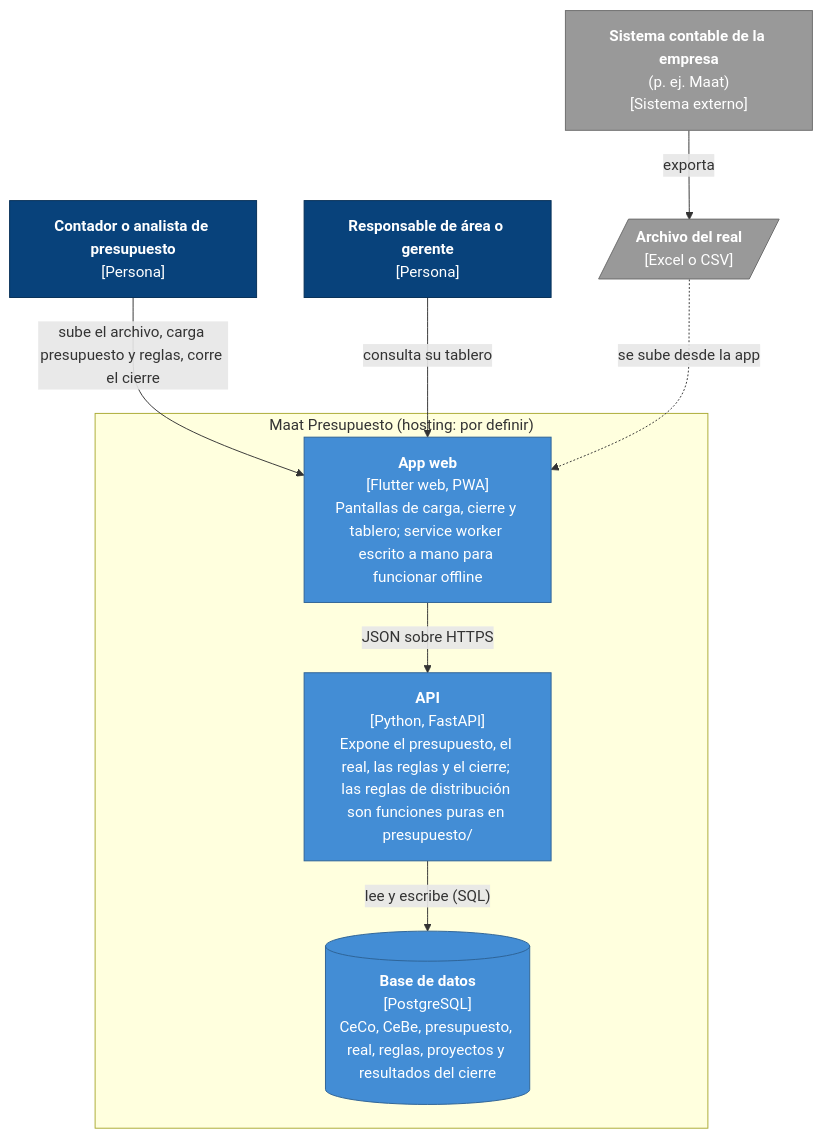
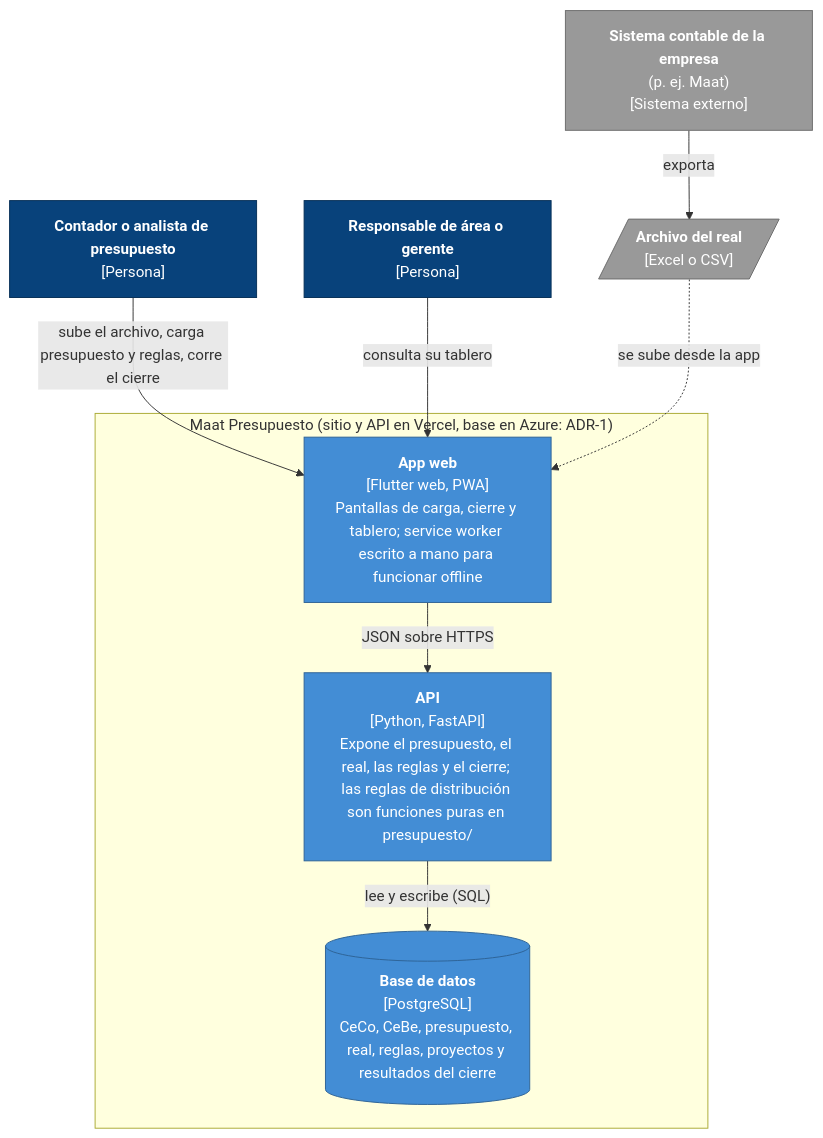
Before and after one commit to sjsmurcia/maat-presupuesto: the second of 2 diagrams in practica-6/arquitectura.md, drawn with Mermaid. The commit also changed other lines of this file, not shown here.

Commit message:
docs(practica-6): el hosting del C4 apunta al ADR-1

````diff
--- a/practica-6/arquitectura.md
+++ b/practica-6/arquitectura.md
@@ -34,27 +34,27 @@
 ```mermaid
 flowchart TB
     contador["<b>Contador o analista de presupuesto</b><br/>[Persona]"]
     gerente["<b>Responsable de área o gerente</b><br/>[Persona]"]
     contable["<b>Sistema contable de la empresa</b><br/>(p. ej. Maat)<br/>[Sistema externo]"]
     archivo[/"<b>Archivo del real</b><br/>[Excel o CSV]"/]
 
-    subgraph maat["Maat Presupuesto (hosting: por definir)"]
+    subgraph maat["Maat Presupuesto (sitio y API en Vercel, base en Azure: ADR-1)"]
         app["<b>App web</b><br/>[Flutter web, PWA]<br/>Pantallas de carga, cierre y tablero; service worker escrito a mano para funcionar offline"]
         api["<b>API</b><br/>[Python, FastAPI]<br/>Expone el presupuesto, el real, las reglas y el cierre; las reglas de distribución son funciones puras en presupuesto/"]
         db[("<b>Base de datos</b><br/>[PostgreSQL]<br/>CeCo, CeBe, presupuesto, real, reglas, proyectos y resultados del cierre")]
     end
 
     contable -- "exporta" --> archivo
     contador -- "sube el archivo, carga presupuesto y reglas, corre el cierre" --> app
     gerente -- "consulta su tablero" --> app
     archivo -. "se sube desde la app" .-> app
     app -- "JSON sobre HTTPS" --> api
     api -- "lee y escribe (SQL)" --> db
 
     classDef persona fill:#08427b,stroke:#052e56,color:#fff
     classDef contenedor fill:#438dd5,stroke:#2e6295,color:#fff
     classDef externo fill:#999999,stroke:#6b6b6b,color:#fff
     class contador,gerente persona
     class app,api,db contenedor
     class contable,archivo externo
 ```
````
